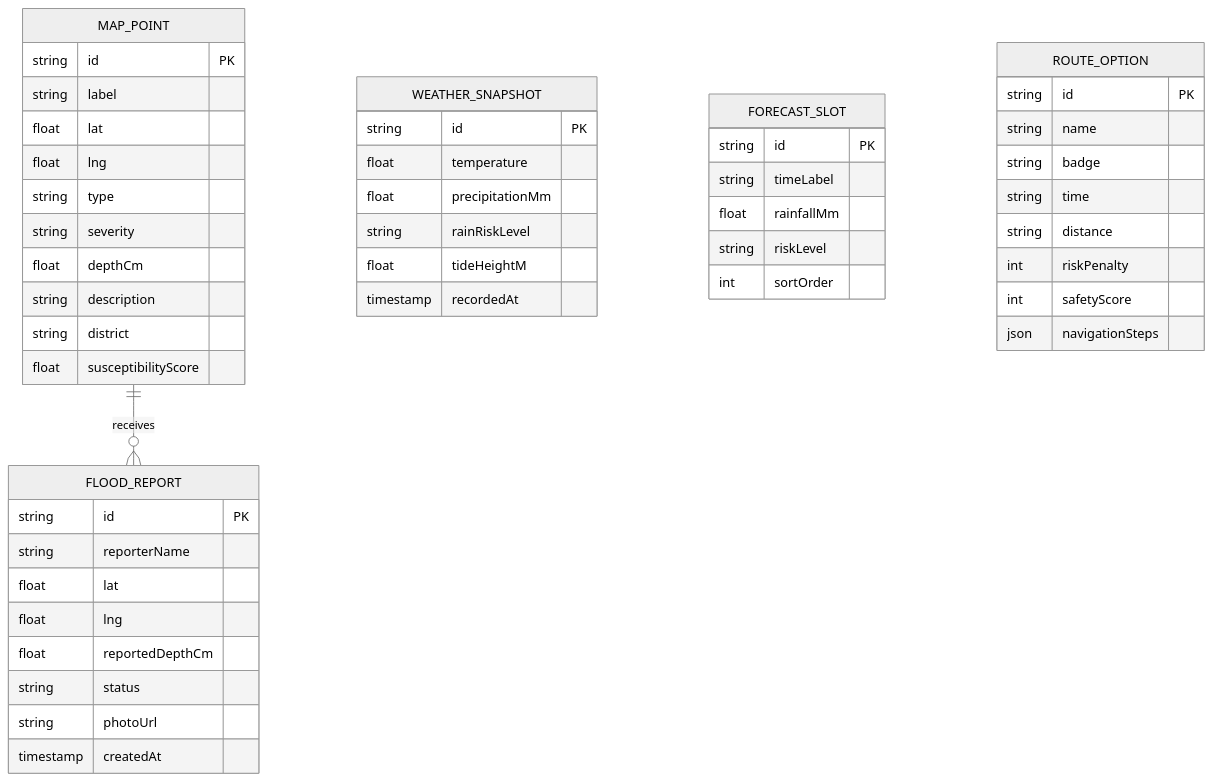
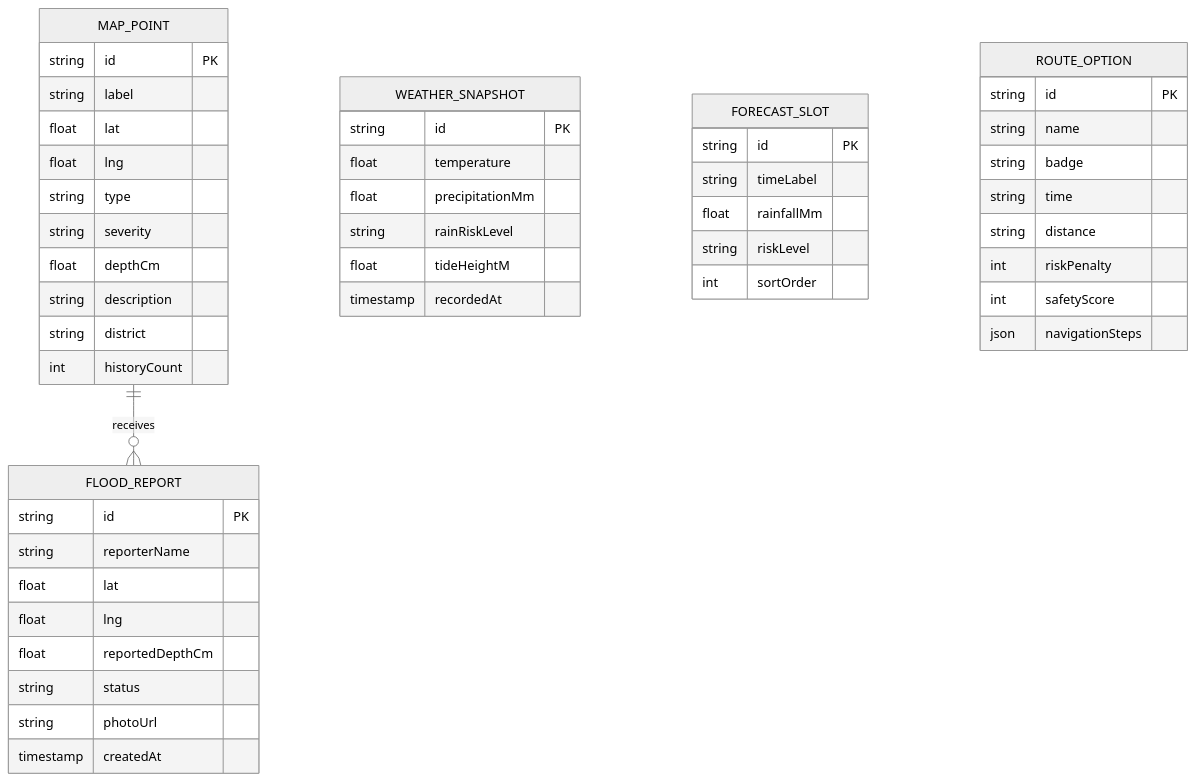
The third of 3 diagrams in docs/SYSTEM_DESIGN.md (MAnhhaoo/TokenPlusHKT2026), drawn with Mermaid (neutral theme) before and after one commit. The commit also changed other lines of this file and 14 other files, not shown here.

````diff
--- a/docs/SYSTEM_DESIGN.md
+++ b/docs/SYSTEM_DESIGN.md
@@ -200,51 +169,51 @@
 ```mermaid
 erDiagram
     MAP_POINT ||--o{ FLOOD_REPORT : receives
     MAP_POINT {
         string id PK
         string label
         float lat
         float lng
         string type
         string severity
         float depthCm
         string description
         string district
-        float susceptibilityScore
+        int historyCount
     }
     FLOOD_REPORT {
         string id PK
         string reporterName
         float lat
         float lng
         float reportedDepthCm
         string status
         string photoUrl
         timestamp createdAt
     }
     WEATHER_SNAPSHOT {
         string id PK
         float temperature
         float precipitationMm
         string rainRiskLevel
         float tideHeightM
         timestamp recordedAt
     }
     FORECAST_SLOT {
         string id PK
         string timeLabel
         float rainfallMm
         string riskLevel
         int sortOrder
     }
     ROUTE_OPTION {
         string id PK
         string name
         string badge
         string time
         string distance
         int riskPenalty
         int safetyScore
         json navigationSteps
     }
 ```
````
